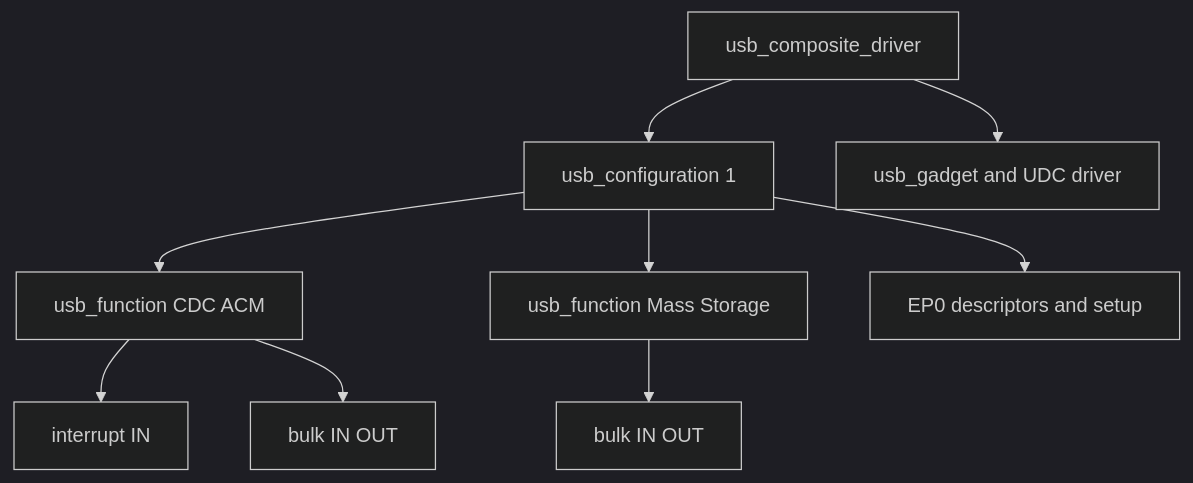
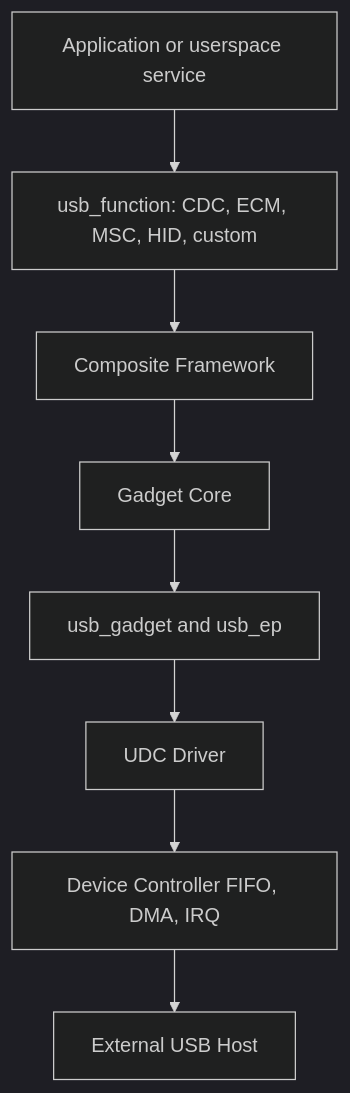
The first of 3 diagrams in docs/articles/usb/usb-06-usb-gadget-intro.md (cdragon-ljl/EEandEdgeAI), drawn with Mermaid (dark theme) before and after one commit. The commit also changed other lines of this file and 2 other files, not shown here.

Commit message:
docs: rebuild USB transfer and Gadget guides

````diff
--- a/docs/articles/usb/usb-06-usb-gadget-intro.md
+++ b/docs/articles/usb/usb-06-usb-gadget-intro.md
@@ -38,11 +22,10 @@
 ```mermaid
-flowchart TB
-    D[usb_composite_driver] --> C1[usb_configuration 1]
-    C1 --> F1[usb_function CDC ACM]
-    C1 --> F2[usb_function Mass Storage]
-    F1 --> E1[interrupt IN]
-    F1 --> E2[bulk IN OUT]
-    F2 --> E3[bulk IN OUT]
-    C1 --> EP0[EP0 descriptors and setup]
-    D --> UDC[usb_gadget and UDC driver]
+flowchart TD
+    APP[Application or userspace service] --> FUNC[usb_function: CDC, ECM, MSC, HID, custom]
+    FUNC --> COMP[Composite Framework]
+    COMP --> CORE[Gadget Core]
+    CORE --> G[usb_gadget and usb_ep]
+    G --> UDC[UDC Driver]
+    UDC --> IP[Device Controller FIFO, DMA, IRQ]
+    IP --> HOST[External USB Host]
 ```
````
